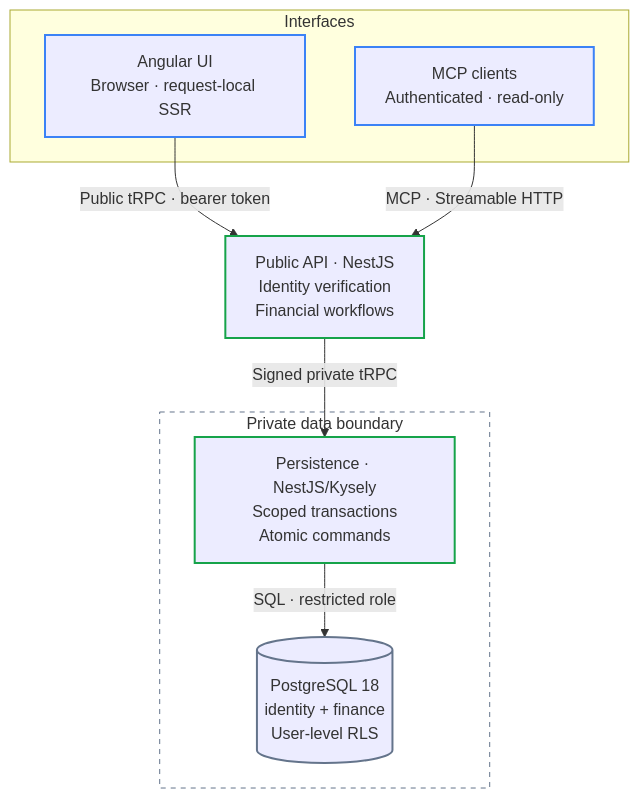
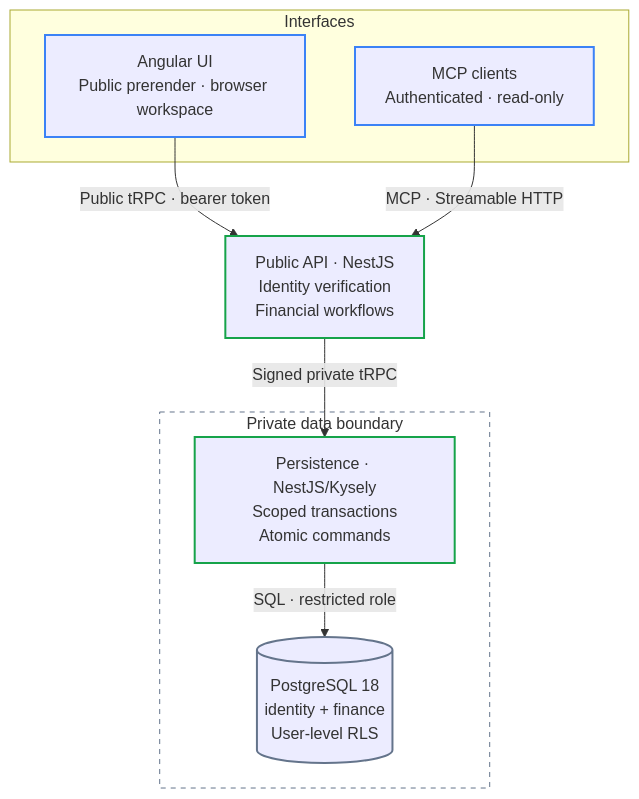
Before and after one commit to ig-peralta/LazyFinance: the diagram in README.md, drawn with Mermaid. The commit also changed other lines of this file and 193 other files, not shown here.

````diff
--- a/README.md
+++ b/README.md
@@ -19,28 +19,28 @@
 ```mermaid
 flowchart TB
     subgraph interfaces["Interfaces"]
-        ui["Angular UI<br/>Browser · request-local SSR"]
+        ui["Angular UI<br/>Public prerender · browser workspace"]
         mcp["MCP clients<br/>Authenticated · read-only"]
     end
 
     api["Public API · NestJS<br/>Identity verification<br/>Financial workflows"]
 
     subgraph privateData["Private data boundary"]
         persistence["Persistence · NestJS/Kysely<br/>Scoped transactions<br/>Atomic commands"]
         postgres[("PostgreSQL 18<br/>identity + finance<br/>User-level RLS")]
 
         persistence -->|SQL · restricted role| postgres
     end
 
     ui -->|Public tRPC · bearer token| api
     mcp -->|MCP · Streamable HTTP| api
     api -->|Signed private tRPC| persistence
 
     classDef interface stroke:#3b82f6,stroke-width:2px
     classDef service stroke:#16a34a,stroke-width:2px
     classDef database stroke:#64748b,stroke-width:2px
     class ui,mcp interface
     class api,persistence service
     class postgres database
     style privateData fill:none,stroke:#64748b,stroke-dasharray:5 5
 ```
````
